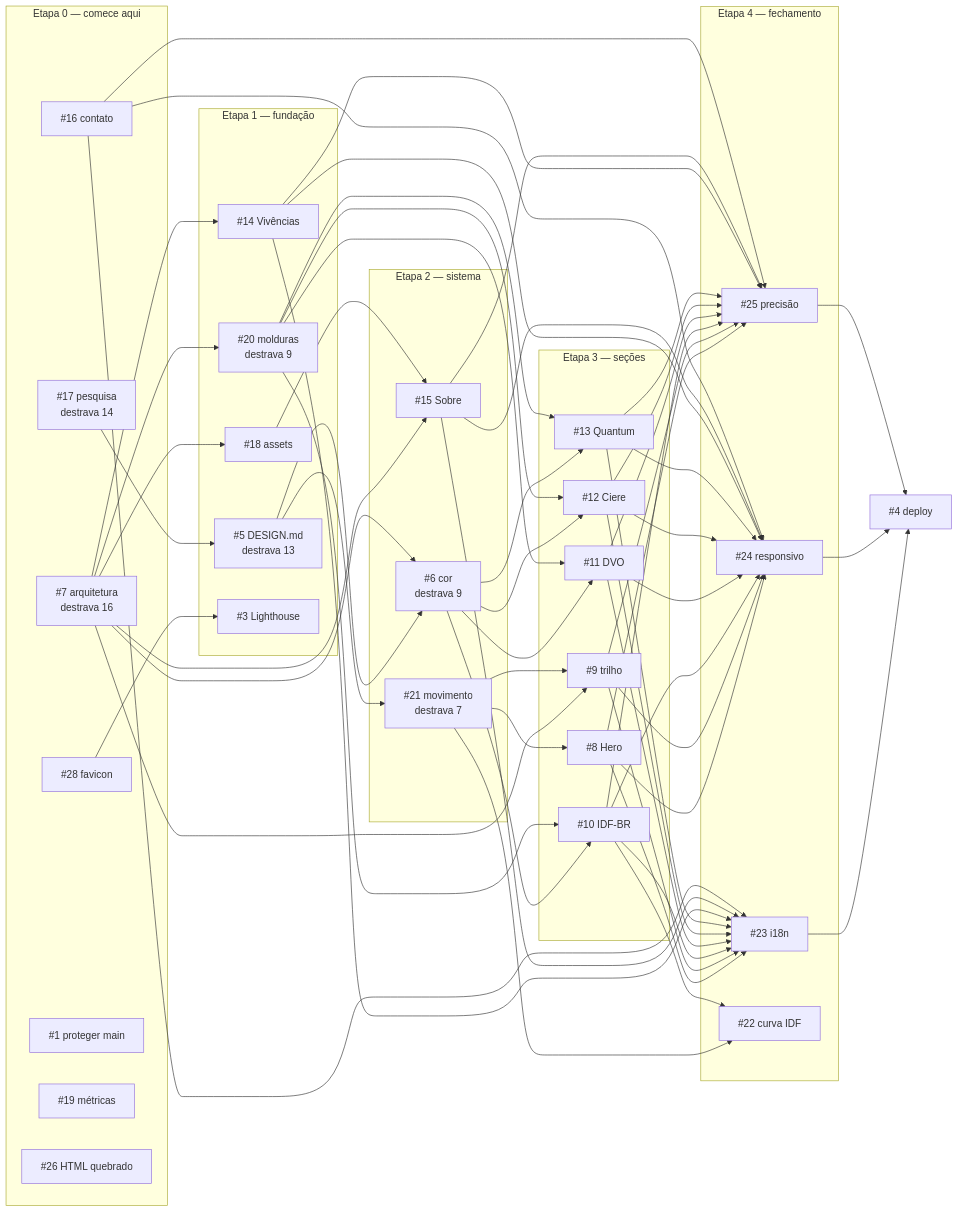
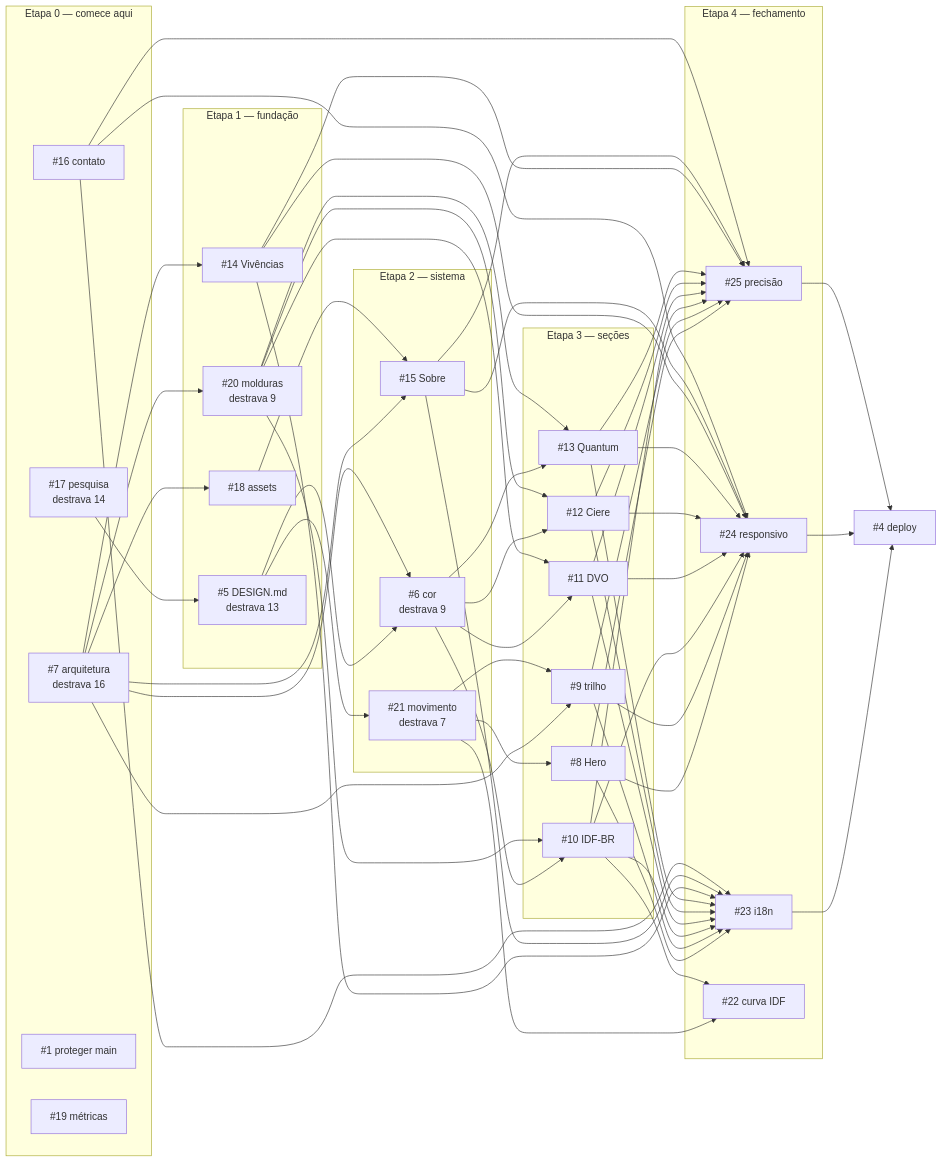
The diagram in ROADMAP.md (AugustoMenchaca/AugustoMenchaca.github.io), drawn with Mermaid before and after one commit. The commit also changed other lines of this file and 2 other files, not shown here.

````diff
--- a/ROADMAP.md
+++ b/ROADMAP.md
@@ -94,59 +97,55 @@
 ```mermaid
 graph LR
   subgraph E0["Etapa 0 — comece aqui"]
     I7["#7 arquitetura<br/>destrava 16"]
     I17["#17 pesquisa<br/>destrava 14"]
     I16["#16 contato"]
-    I28["#28 favicon"]
     I1["#1 proteger main"]
     I19["#19 métricas"]
-    I26["#26 HTML quebrado"]
   end
 
   subgraph E1["Etapa 1 — fundação"]
     I5["#5 DESIGN.md<br/>destrava 13"]
     I20["#20 molduras<br/>destrava 9"]
     I18["#18 assets"]
     I14["#14 Vivências"]
-    I3["#3 Lighthouse"]
   end
 
   subgraph E2["Etapa 2 — sistema"]
     I6["#6 cor<br/>destrava 9"]
     I21["#21 movimento<br/>destrava 7"]
     I15["#15 Sobre"]
   end
 
   subgraph E3["Etapa 3 — seções"]
     I10["#10 IDF-BR"]
     I8["#8 Hero"]
     I9["#9 trilho"]
     I11["#11 DVO"]
     I12["#12 Ciere"]
     I13["#13 Quantum"]
   end
 
   subgraph E4["Etapa 4 — fechamento"]
     I23["#23 i18n"]
     I24["#24 responsivo"]
     I25["#25 precisão"]
     I22["#22 curva IDF"]
   end
 
   I4["#4 deploy"]
 
   I17 --> I5
-  I28 --> I3
   I7 --> I20 & I18 & I14
   I5 --> I6 & I21
   I7 --> I6
   I7 --> I15
   I18 --> I15
   I6 --> I10 & I11 & I12 & I13
   I20 --> I10 & I11 & I12 & I13
   I7 --> I9
   I21 --> I8 & I9 & I22
   I10 --> I22
   I8 & I9 & I10 & I11 & I12 & I13 & I14 & I15 & I16 --> I23 & I24 & I25
   I23 & I24 & I25 --> I4
 ```
````
